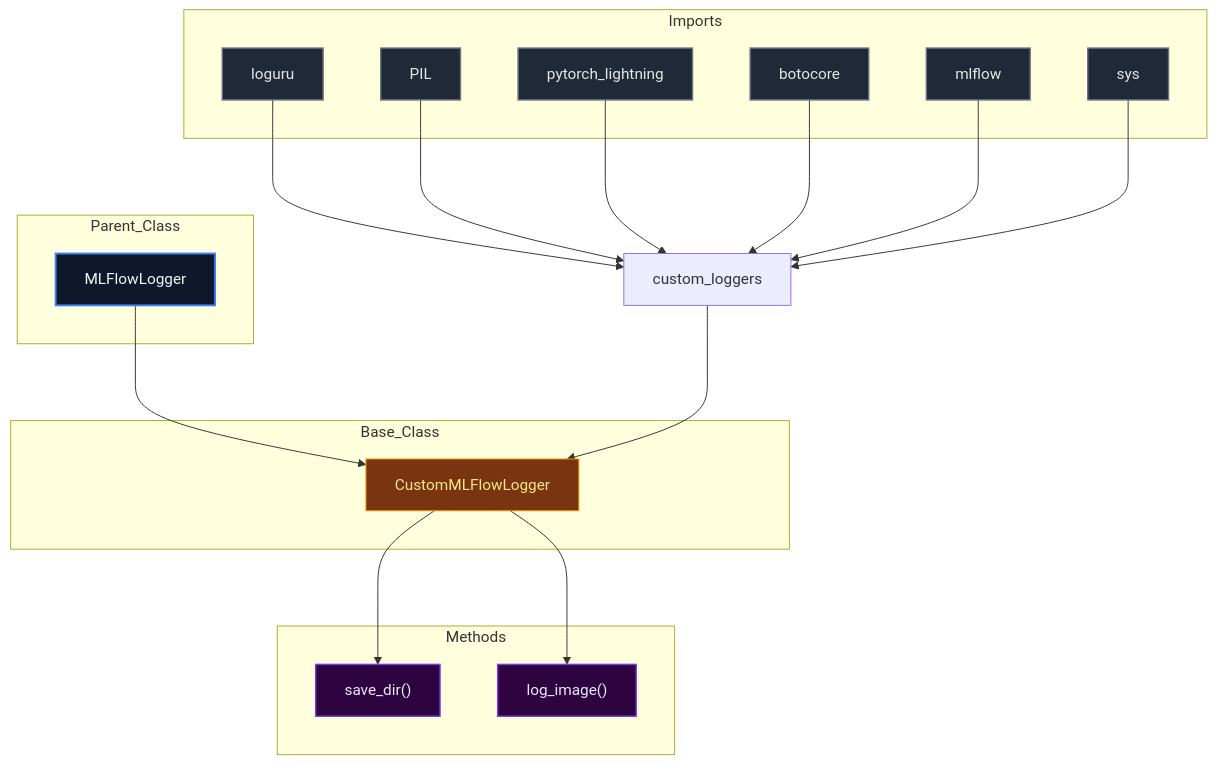
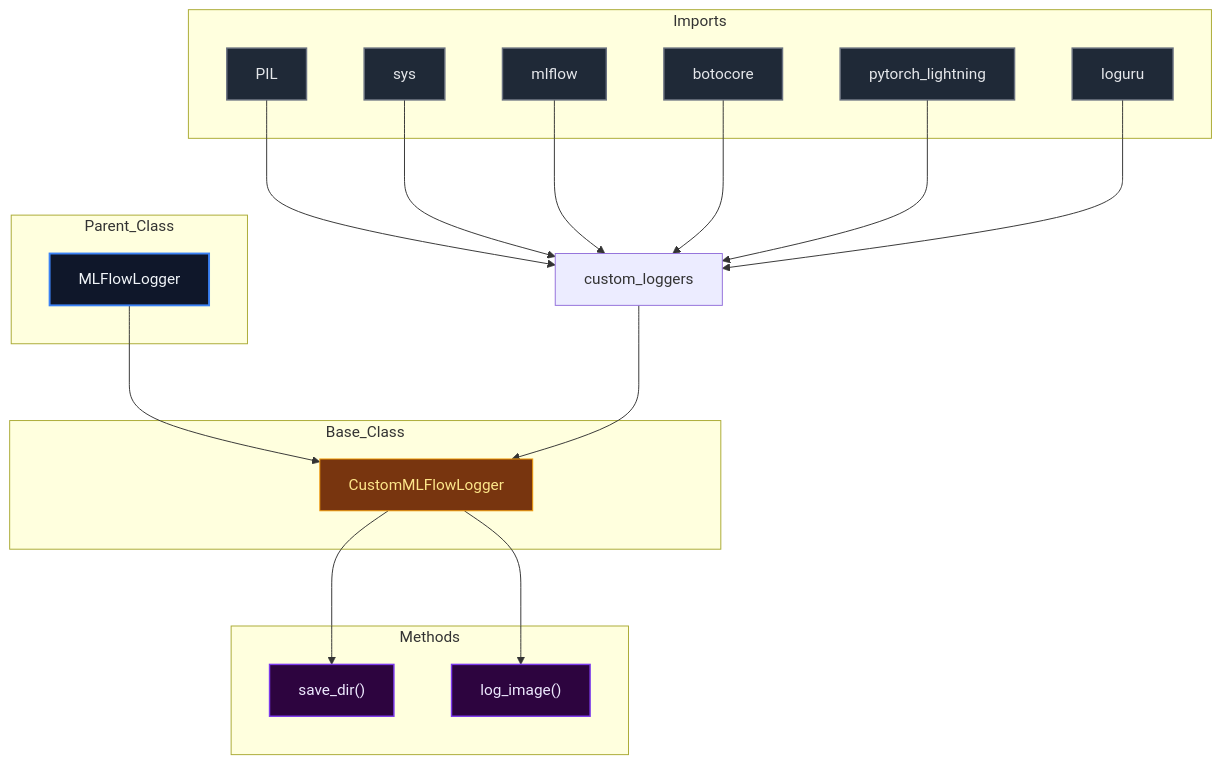
One commit to mllam/neural-lam changed the diagram in docs/diagrams/custom_loggers_diagram.md. Above: the diagram before and after it, drawn with Mermaid. The commit also changed 18 other files, not shown here.

Commit message:
Auto-update Mermaid diagrams

````diff
--- a/docs/diagrams/custom_loggers_diagram.md
+++ b/docs/diagrams/custom_loggers_diagram.md
@@ -1,52 +1,52 @@
 ```mermaid
 %%{init: {'flowchart': {'nodeSpacing': 60, 'rankSpacing': 80}}}%%
 flowchart TD
 
 module["custom_loggers"]
 
 subgraph Parent_Class
     MLFlowLogger["MLFlowLogger"]
 end
 
 subgraph Base_Class
     CustomMLFlowLogger["CustomMLFlowLogger"]
 end
 
     MLFlowLogger --> CustomMLFlowLogger
 
 subgraph Imports
+    PIL["PIL"]
+    sys["sys"]
+    mlflow["mlflow"]
+    botocore["botocore"]
+    pytorch_lightning["pytorch_lightning"]
     loguru["loguru"]
-    PIL["PIL"]
-    pytorch_lightning["pytorch_lightning"]
-    botocore["botocore"]
-    mlflow["mlflow"]
-    sys["sys"]
 end
 
+    PIL --> module
+    sys --> module
+    mlflow --> module
+    botocore --> module
+    pytorch_lightning --> module
     loguru --> module
-    PIL --> module
-    pytorch_lightning --> module
-    botocore --> module
-    mlflow --> module
-    sys --> module
     module --> CustomMLFlowLogger
 
 subgraph Methods
     CustomMLFlowLogger_save_dir["save_dir()"]
     CustomMLFlowLogger_log_image["log_image()"]
 end
 
     CustomMLFlowLogger --> CustomMLFlowLogger_save_dir
     CustomMLFlowLogger --> CustomMLFlowLogger_log_image
 
 classDef parent fill:#0f172a,stroke:#3b82f6,stroke-width:2px,color:#f1f5f9,font-size:16px
 classDef base fill:#78350f,stroke:#f59e0b,stroke-width:1px,color:#fde68a,font-size:16px
 classDef import fill:#1f2937,stroke:#6b7280,stroke-width:1.5px,color:#e5e7eb,font-size:16px
 classDef method fill:#2d043f,stroke:#7c3aed,stroke-width:1.5px,color:#ede9fe,font-size:16px
 classDef callNode fill:#064e3b,stroke:#10b981,stroke-width:1.5px,color:#d1fae5,font-size:16px
 class MLFlowLogger parent
 class CustomMLFlowLogger base
-class loguru,PIL,pytorch_lightning,botocore,mlflow,sys import
+class PIL,sys,mlflow,botocore,pytorch_lightning,loguru import
 class CustomMLFlowLogger_save_dir,CustomMLFlowLogger_log_image method
 
 ```
````
